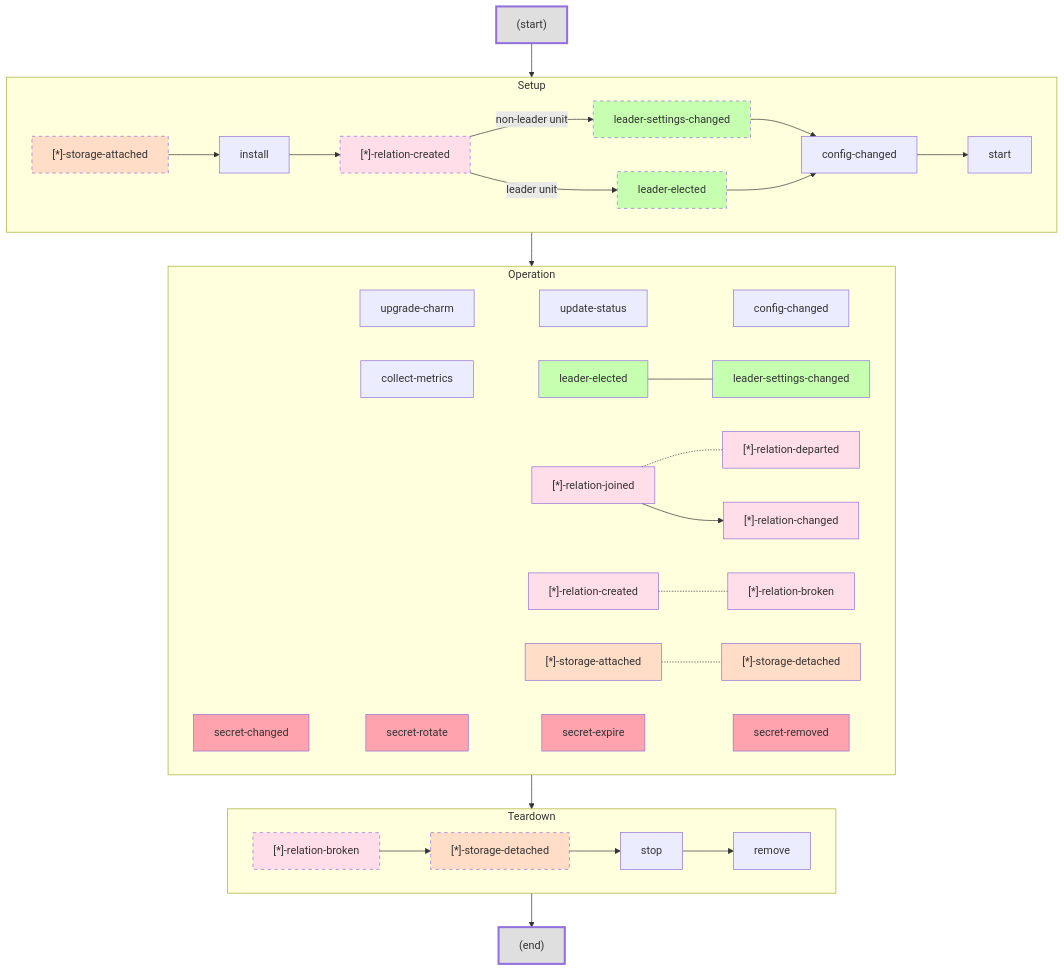
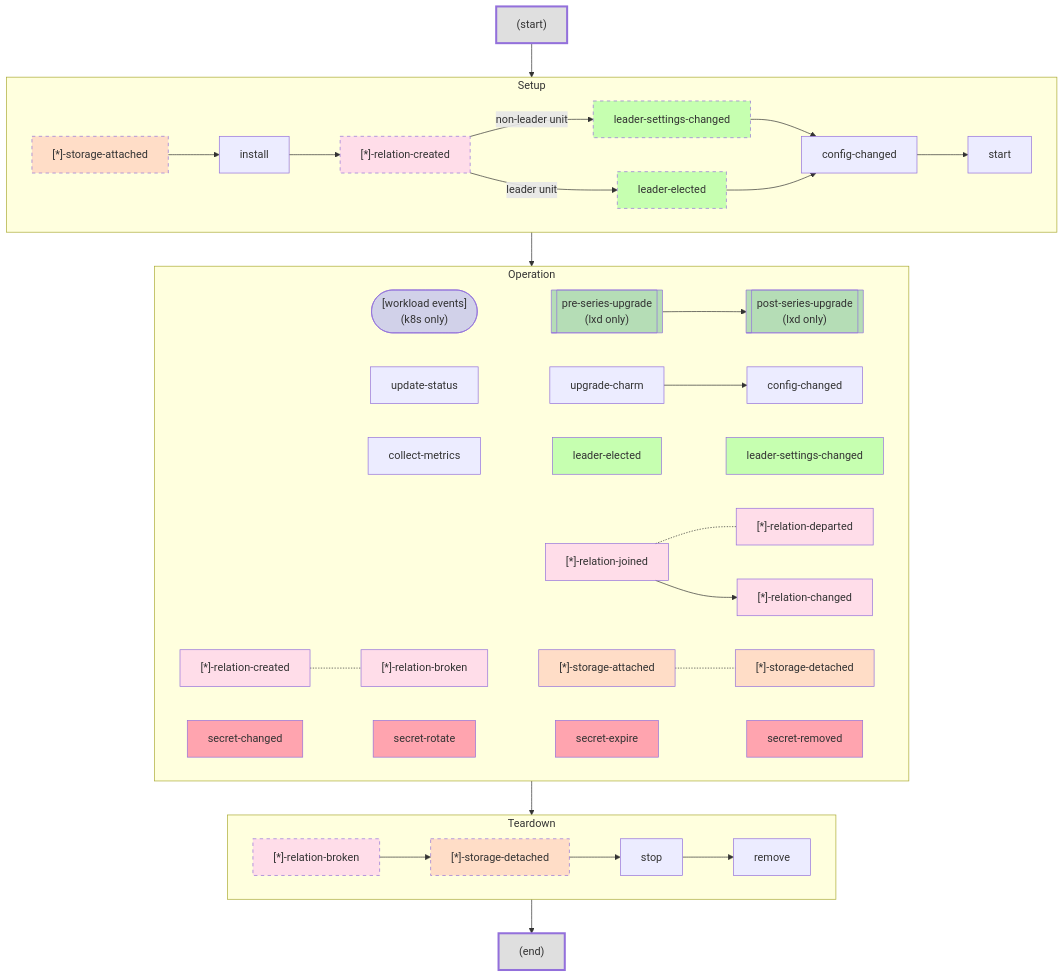
One commit to canonical/charm-events changed the first of 4 diagrams in README.md. Above: the diagram before and after it, drawn with Mermaid. The commit also changed other lines of this file, not shown here.

Commit message:
reworked graph

````diff
--- a/README.md
+++ b/README.md
@@ -17,59 +17,67 @@
 ```mermaid
 flowchart TD
     subgraph Setup
         storage_attached["[*]-storage-attached"]:::optStorageEvent --> install
         install --> relation_created["[*]-relation-created"]:::optRelationEvent
         relation_created --> |leader unit|leader_elected[leader-elected]:::optLeaderEvent
         relation_created --> |non-leader unit|leader_settings_changed[leader-settings-changed]:::optLeaderEvent
         leader_settings_changed --> config_changed[config-changed]
         leader_elected --> config_changed[config-changed]
         config_changed --> start
     end
 
     subgraph Operation
-        upgrade_charm[upgrade-charm] --- 
-        update_status[update-status] ---
-        config_changed_mant[config-changed] 
-        collect_metrics[collect-metrics] ---
-        leader_elected_mant[leader-elected]:::leaderEvent --- 
+        workload_events_mant(["`[workload events] 
+            (k8s only)`"]):::kubernetesEvent ~~~
+        pre_series_upgrade_mant[["`pre-series-upgrade 
+            (lxd only)`"]]:::lxdEvent --> 
+        post_series_upgrade_mant[["`post-series-upgrade 
+            (lxd only)`"]]:::lxdEvent
+
+
+        update_status[update-status] ~~~
+        upgrade_charm[upgrade-charm] --> config_changed_mant[config-changed]
+
+        collect_metrics[collect-metrics] ~~~
+        leader_elected_mant[leader-elected]:::leaderEvent ~~~ 
         leader_settings_changed_mant[leader-settings-changed]:::leaderEvent
+
         relation_joined_mant["[*]-relation-joined"]:::relationEvent -.- relation_departed_mant["[*]-relation-departed"]:::relationEvent
         relation_joined_mant --> relation_changed_mant["[*]-relation-changed"]:::relationEvent 
-        relation_created_mant["[*]-relation-created"]:::relationEvent -.- relation_broken_mant["[*]-relation-broken"]:::relationEvent 
+
+        relation_created_mant["[*]-relation-created"]:::relationEvent -.- relation_broken_mant["[*]-relation-broken"]:::relationEvent ~~~
         storage_attached_mant["[*]-storage-attached"]:::storageEvent -.- storage_detached_mant["[*]-storage-detached"]:::storageEvent
-        secret_changed["secret-changed"]:::secretEvent ---
-        secret_rotate["secret-rotate"]:::secretEvent ---
-        secret_expire["secret-expire"]:::secretEvent ---
+        
+        secret_changed["secret-changed"]:::secretEvent ~~~
+        secret_rotate["secret-rotate"]:::secretEvent ~~~
+        secret_expire["secret-expire"]:::secretEvent ~~~
         secret_removed["secret-removed"]:::secretEvent 
     end
     
     subgraph Teardown
         relation_broken_teard["[*]-relation-broken"]:::optRelationEvent -->
         storage_detached["[*]-storage-detached"]:::optStorageEvent -->
         stop -->
         remove
     end
     
     Start["(start)"]:::meta --> 
     Setup --> 
     Operation --> 
     Teardown --> 
     End["(end)"]:::meta
 
-linkStyle 7 stroke:#fff0,stroke-width:1px;
-linkStyle 8 stroke:#fff0,stroke-width:1px;
-linkStyle 9 stroke:#fff0,stroke-width:1px;
-linkStyle 15 stroke:#fff0,stroke-width:1px;
-linkStyle 16 stroke:#fff0,stroke-width:1px;
-linkStyle 17 stroke:#fff0,stroke-width:1px;
-
 classDef relationEvent fill:#f9f5;
 classDef secretEvent fill:#f588;
 classDef storageEvent fill:#f995;
 classDef leaderEvent fill:#5f55;
+classDef workloadEvent fill:#faa1,stroke-dasharray: 5 5;
 classDef meta fill:#1112,stroke-width:3px;
 
 classDef optRelationEvent fill:#f9f5,stroke-dasharray: 5 5;
 classDef optStorageEvent fill:#f995,stroke-dasharray: 5 5;
 classDef optLeaderEvent fill:#5f55,stroke-dasharray: 5 5;
+
+classDef kubernetesEvent fill:#77f5;
+classDef lxdEvent fill:#2965;
 ```
````
